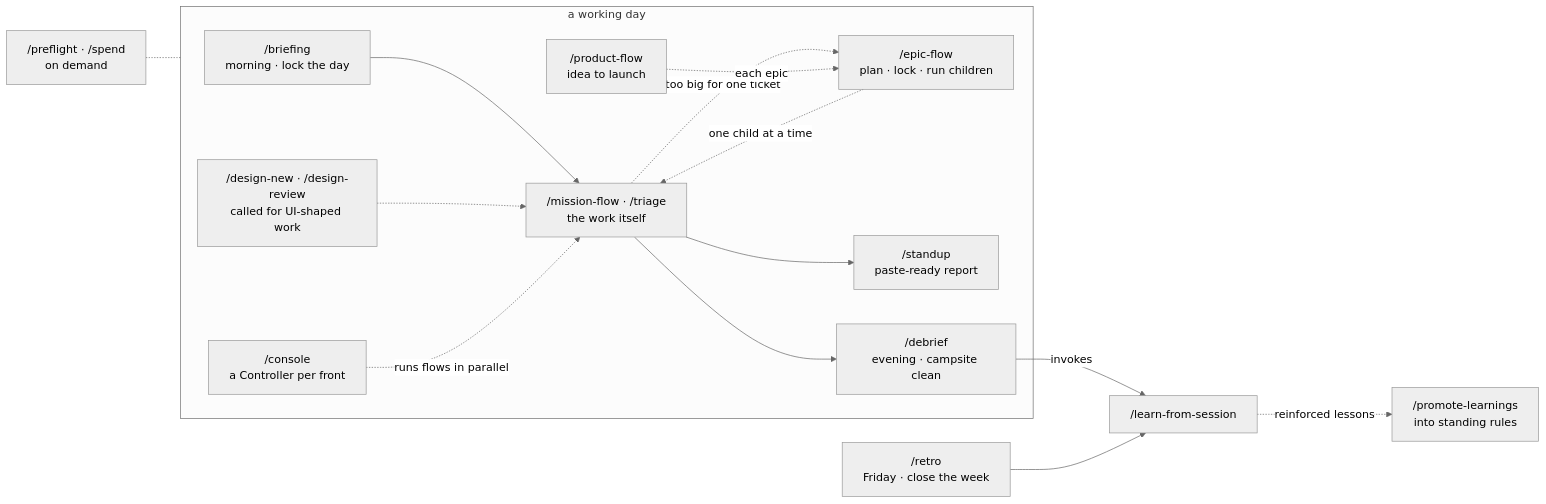
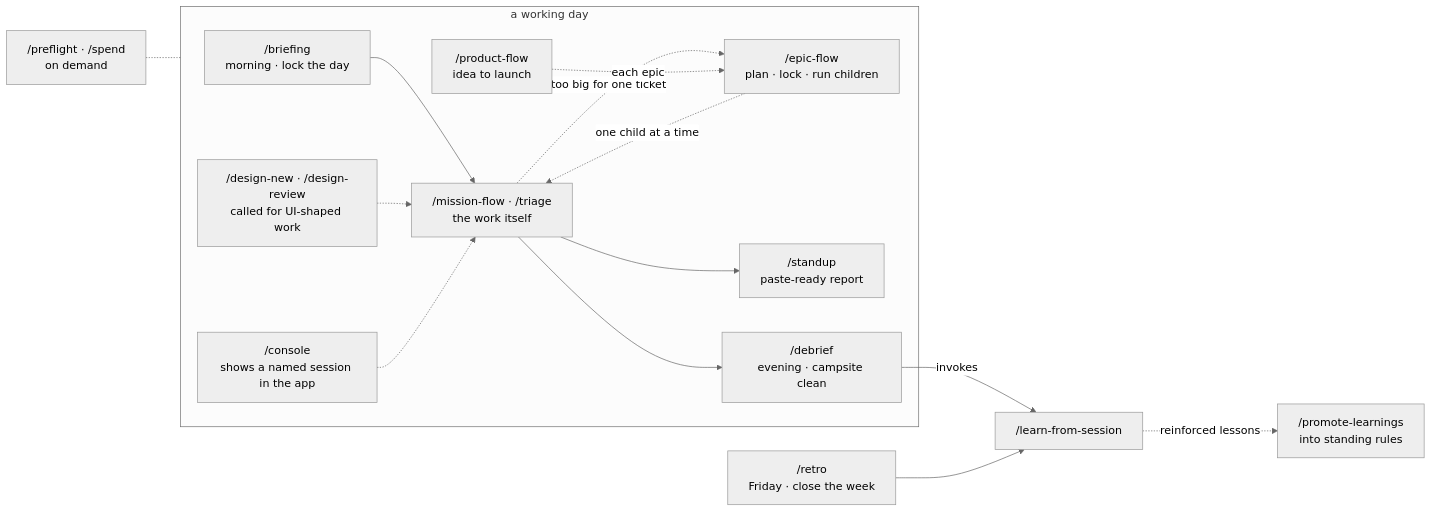
The diagram in .claude/skills/README.md (sultanassi95/mission-control), drawn with Mermaid (neutral theme) before and after one commit. The commit also changed other lines of this file and 23 other files, not shown here.

````diff
--- a/.claude/skills/README.md
+++ b/.claude/skills/README.md
@@ -3,17 +3,17 @@
 ```mermaid
 flowchart LR
   subgraph DAY["a working day"]
     B["/briefing<br/>morning · lock the day"] --> W["/mission-flow · /triage<br/>the work itself"]
     W -.->|too big for one ticket| E["/epic-flow<br/>plan · lock · run children"]
     E -.->|one child at a time| W
     PF["/product-flow<br/>idea to launch"] -.->|each epic| E
     DS["/design-new · /design-review<br/>called for UI-shaped work"] -.-> W
-    CN["/console<br/>a Controller per front"] -.->|runs flows in parallel| W
+    CN["/console<br/>shows a named session in the app"] -.-> W
     W --> SU["/standup<br/>paste-ready report"]
     W --> D["/debrief<br/>evening · campsite clean"]
   end
   D -->|invokes| LS["/learn-from-session"]
   R["/retro<br/>Friday · close the week"] --> LS
   LS -.->|reinforced lessons| PL["/promote-learnings<br/>into standing rules"]
   P["/preflight · /spend<br/>on demand"] -.- DAY
 ```
````
